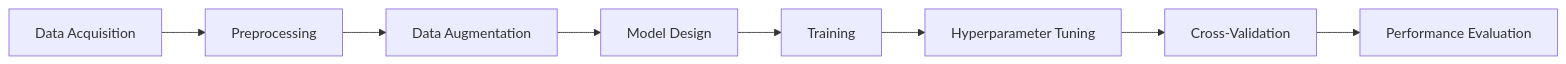
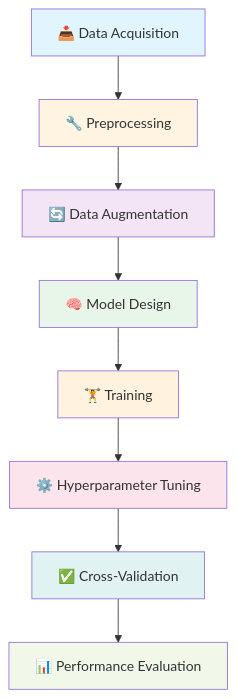
The diagram in README.md (prumucena1979/MLFINAL), drawn with Mermaid before and after one commit. The commit also changed other lines of this file and 1 other file, not shown here.

````diff
--- a/README.md
+++ b/README.md
@@ -164,10 +213,19 @@
 ```mermaid
-graph LR
-    A[Data Acquisition] --> B[Preprocessing]
-    B --> C[Data Augmentation]
-    C --> D[Model Design]
-    D --> E[Training]
-    E --> F[Hyperparameter Tuning]
-    F --> G[Cross-Validation]
-    G --> H[Performance Evaluation]
+graph TD
+    A[📥 Data Acquisition] --> B[🔧 Preprocessing]
+    B --> C[🔄 Data Augmentation]
+    C --> D[🧠 Model Design]
+    D --> E[🏋️ Training]
+    E --> F[⚙️ Hyperparameter Tuning]
+    F --> G[✅ Cross-Validation]
+    G --> H[📊 Performance Evaluation]
+
+    style A fill:#e1f5ff
+    style B fill:#fff4e1
+    style C fill:#f3e5f5
+    style D fill:#e8f5e9
+    style E fill:#fff3e0
+    style F fill:#fce4ec
+    style G fill:#e0f2f1
+    style H fill:#f1f8e9
 ```
````
